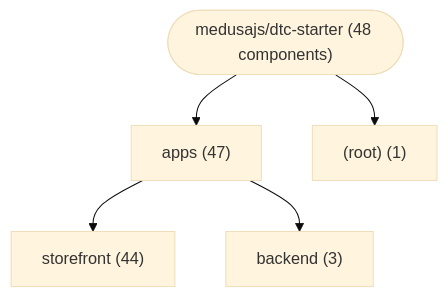
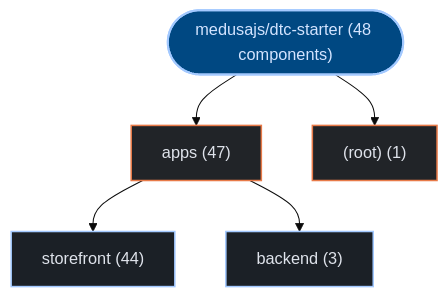
Before and after one commit to kumarshaz/atruss-code-atlas: the first of 2 diagrams in exports/latest/reports/medusajs-dtc-starter-report.md, drawn with Mermaid (base theme). The commit also changed other lines of this file and 331 other files, not shown here.

Commit message:
docs,ui,fix: update SDLC docs, reorder CI/CD DAG first, stylize Mermaid, and fix Arc42 pipeline topology

````diff
--- a/exports/latest/reports/medusajs-dtc-starter-report.md
+++ b/exports/latest/reports/medusajs-dtc-starter-report.md
@@ -41,12 +41,19 @@
 ```mermaid
 graph TD;
-    repo_root(["medusajs/dtc-starter (48 components)"])
-    dir_0_apps["apps (47)"]
+  classDef atlasRoot fill:#004882,stroke:#a3c9ff,stroke-width:2px,color:#d3e4ff
+  classDef atlasCategory fill:#212428,stroke:#E87A48,stroke-width:1.5px,color:#dfe3eb
+  classDef atlasWorkflow fill:#1b2026,stroke:#a3c9ff,stroke-width:1.5px,color:#dfe3eb
+  classDef atlasJob fill:#171c22,stroke:#8d9199,stroke-width:1px,color:#dfe3eb
+  classDef atlasTarget fill:#005227,stroke:#8bd99b,stroke-width:1.5px,color:#a7f6b6
+  classDef atlasAlert fill:#93000a,stroke:#ffb4ab,stroke-width:1.5px,color:#ffdad6
+  classDef atlasMore fill:#252a31,stroke:#8d9199,stroke-dasharray:4 4,color:#c3c6cf
+    repo_root(["medusajs/dtc-starter (48 components)"]):::atlasRoot
+    dir_0_apps["apps (47)"]:::atlasCategory
     repo_root --> dir_0_apps
-    sub_0_0_storefront["storefront (44)"]
+    sub_0_0_storefront["storefront (44)"]:::atlasWorkflow
     dir_0_apps --> sub_0_0_storefront
-    sub_0_1_backend["backend (3)"]
+    sub_0_1_backend["backend (3)"]:::atlasWorkflow
     dir_0_apps --> sub_0_1_backend
-    dir_1__root_["(root) (1)"]
+    dir_1__root_["(root) (1)"]:::atlasCategory
     repo_root --> dir_1__root_
 ```
````
